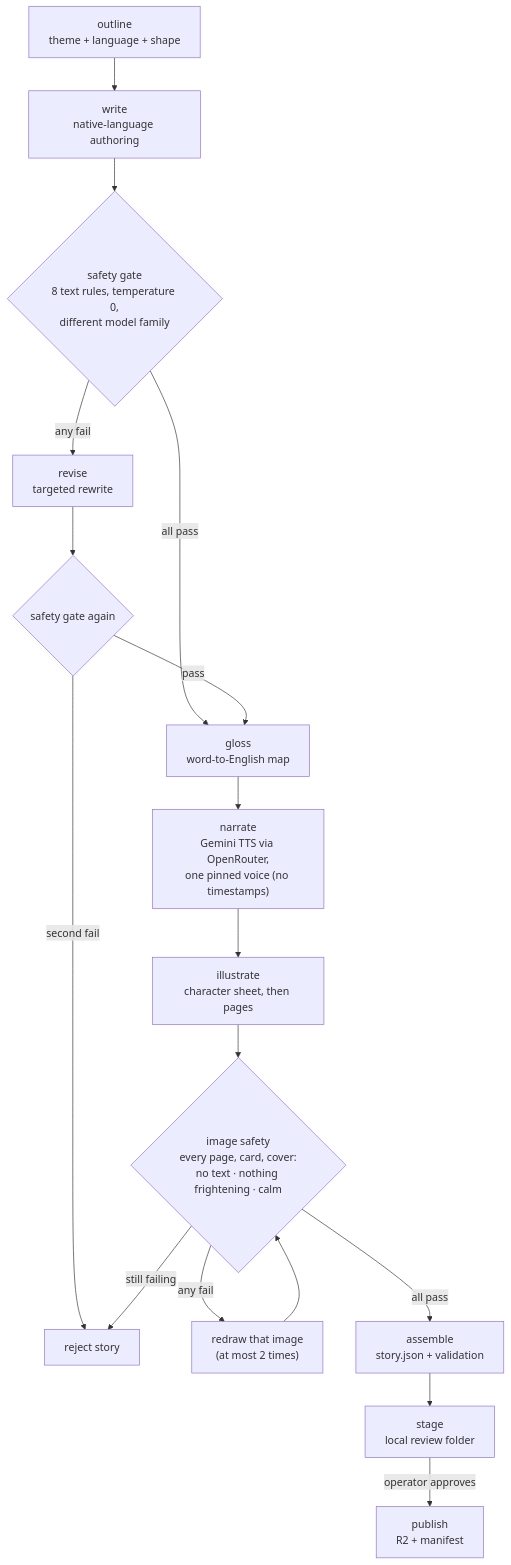
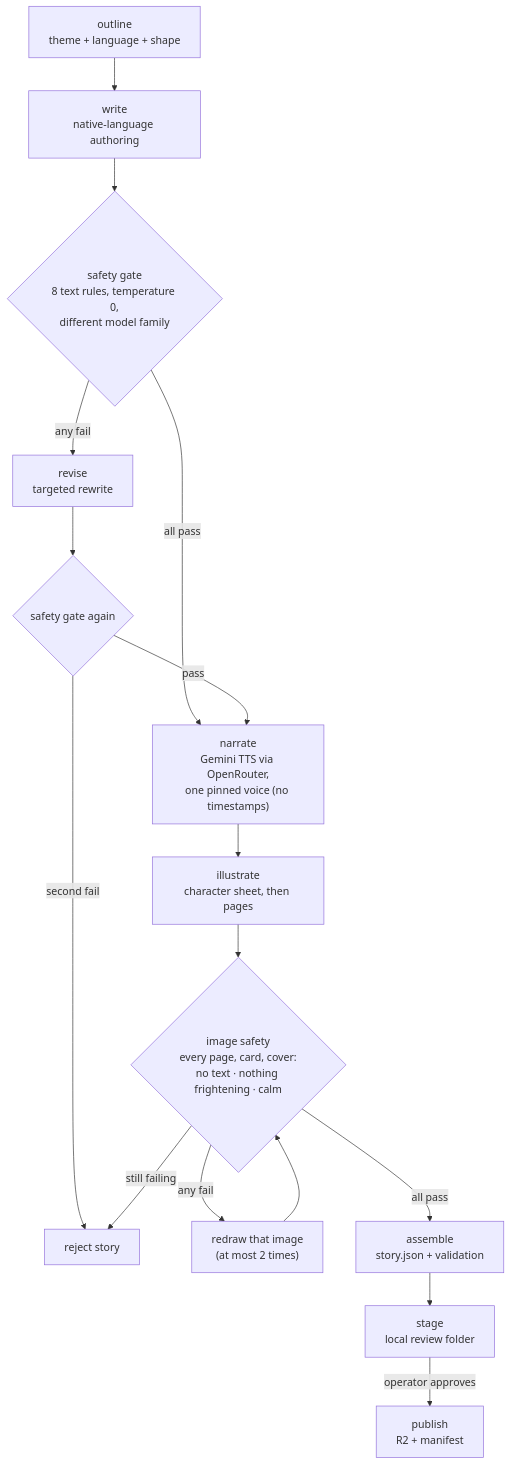
One commit to darth-dodo/cantastorie changed the second of 2 diagrams in docs/architecture.md. Above: the diagram before and after it, drawn with Mermaid. The commit also changed other lines of this file and 10 other files, not shown here.

````diff
--- a/docs/architecture.md
+++ b/docs/architecture.md
@@ -142,19 +145,19 @@
 ```mermaid
 graph TD
     O["outline<br/>theme + language + shape"] --> W["write<br/>native-language authoring"]
     W --> S{"safety gate<br/>8 text rules, temperature 0,<br/>different model family"}
-    S -- "all pass" --> G["gloss<br/>word-to-English map"]
+    S -- "all pass" --> N
     S -- "any fail" --> RV["revise<br/>targeted rewrite"]
     RV --> S2{"safety gate again"}
-    S2 -- "pass" --> G
+    S2 -- "pass" --> N
     S2 -- "second fail" --> X["reject story"]
-    G --> N["narrate<br/>Gemini TTS via OpenRouter,<br/>one pinned voice (no timestamps)"]
+    N["narrate<br/>Gemini TTS via OpenRouter,<br/>one pinned voice (no timestamps)"]
     N --> I["illustrate<br/>character sheet, then pages"]
     I --> IS{"image safety<br/>every page, card, cover:<br/>no text · nothing frightening · calm"}
     IS -- "any fail" --> RD["redraw that image<br/>(at most 2 times)"]
     RD --> IS
     IS -- "still failing" --> X
     IS -- "all pass" --> A["assemble<br/>story.json + validation"]
     A --> ST["stage<br/>local review folder"]
     ST -- "operator approves" --> PB["publish<br/>R2 + manifest"]
 ```
````
